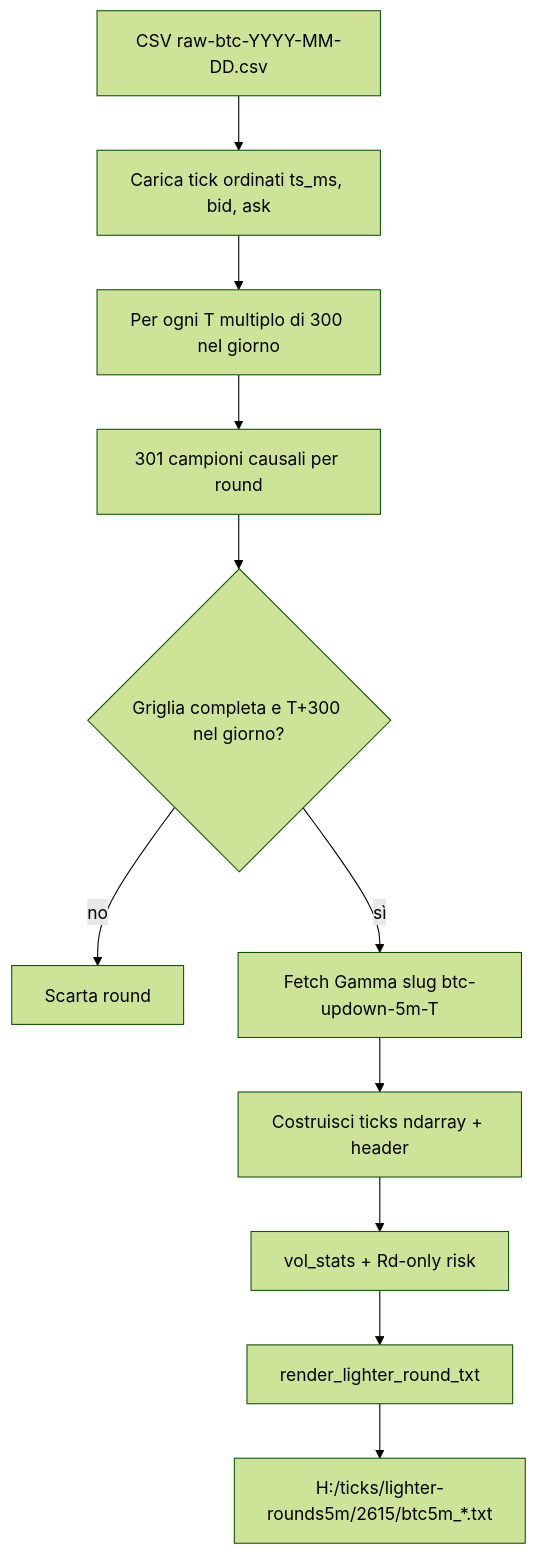
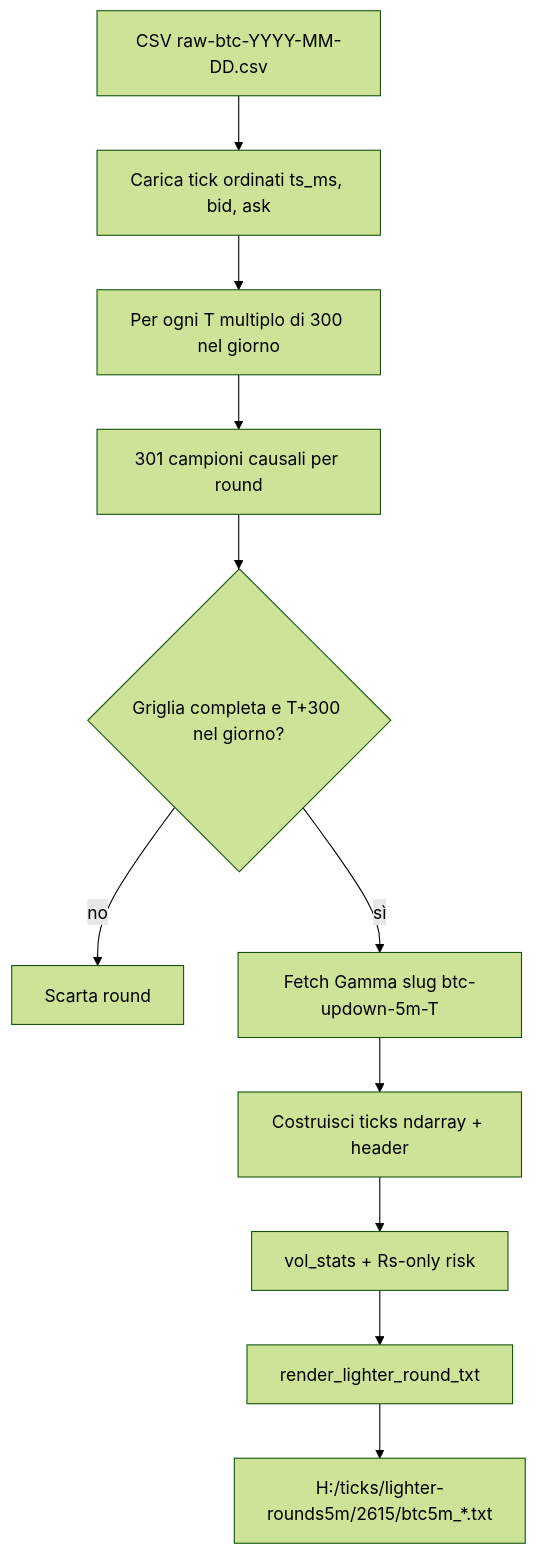
Before and after one commit to SaveKiller/btc5min: the diagram in .cursor/plans/round_sintetici_lighter_4fd579f9.plan.md, drawn with Mermaid (forest theme). The commit also changed other lines of this file and 13 other files, not shown here.

````diff
--- a/.cursor/plans/round_sintetici_lighter_4fd579f9.plan.md
+++ b/.cursor/plans/round_sintetici_lighter_4fd579f9.plan.md
@@ -58,13 +58,13 @@
 ```mermaid
 flowchart TD
   csv[CSV raw-btc-YYYY-MM-DD.csv] --> load[Carica tick ordinati ts_ms, bid, ask]
   load --> windows[Per ogni T multiplo di 300 nel giorno]
   windows --> causal[301 campioni causali per round]
   causal --> filter{Griglia completa e T+300 nel giorno?}
   filter -->|no| skip[Scarta round]
   filter -->|sì| gamma[Fetch Gamma slug btc-updown-5m-T]
   gamma --> synth[Costruisci ticks ndarray + header]
-  synth --> metrics[vol_stats + Rd-only risk]
+  synth --> metrics[vol_stats + Rs-only risk]
   metrics --> txt[render_lighter_round_txt]
   txt --> out["H:/ticks/lighter-rounds5m/2615/btc5m_*.txt"]
 ```
````
